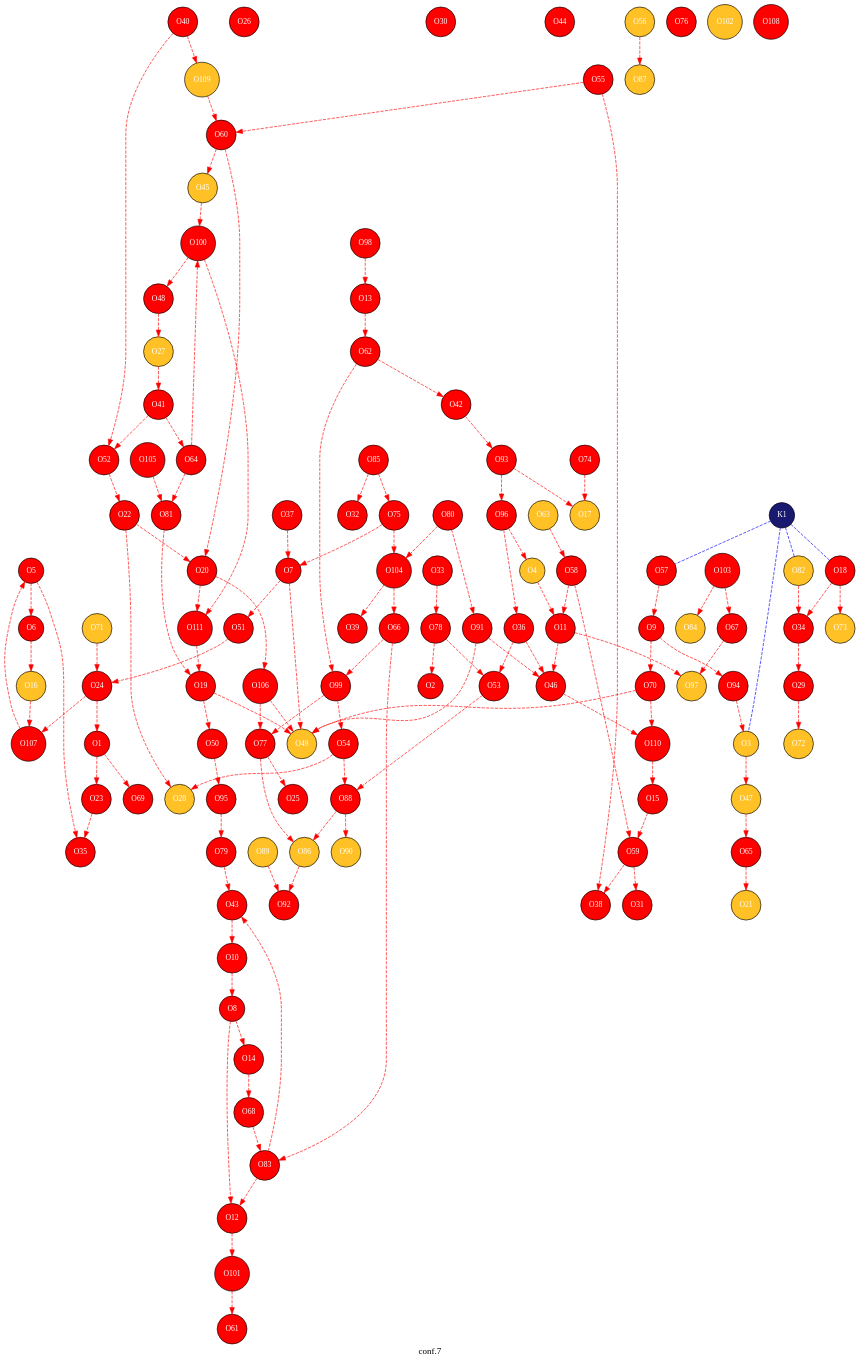
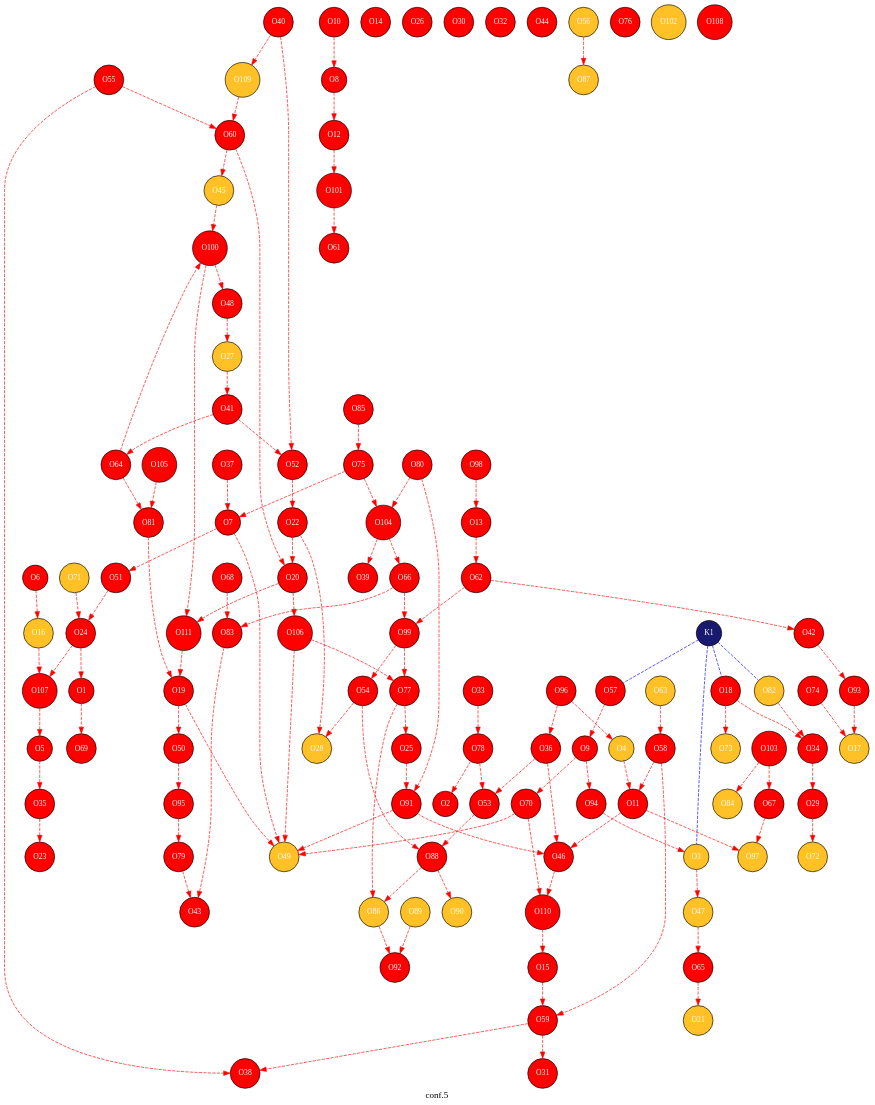
One commit to JelleLagerweij/short_test changed the diagram in 4-GATeWAY/copy_1/traj/traj_conf.gv. Above: the diagram before and after it, drawn with Graphviz. The commit also changed 217 other files, not shown here.

```diff
--- a/4-GATeWAY/copy_1/traj/traj_conf.gv
+++ b/4-GATeWAY/copy_1/traj/traj_conf.gv
@@ -1,5 +1,5 @@
 digraph G {
-label="conf.7 ";
+label="conf.5 ";
 node [style=filled];
 graph [bgcolor=transparent];
 node [shape = circle, fontsize=12];
@@ -115,7 +115,6 @@
 "O110"[fillcolor=red, fontcolor=white, fontname="Times", label="O110"];
 "O111"[fillcolor=red, fontcolor=white, fontname="Times", label="O111"];
 "K1"[fillcolor=midnightblue, fontcolor=white, fontname="Times", label="K1"];
-"O1"->"O23"[fontcolor=red, color=red , style=dashed];
 "O24"->"O1"[fontcolor=red, color=red , style=dashed];
 "O1"->"O69"[fontcolor=red, color=red , style=dashed];
 "O78"->"O2"[fontcolor=red, color=red , style=dashed];
@@ -123,7 +122,6 @@
 "O94"->"O3"[fontcolor=red, color=red , style=dashed];
 "O4"->"O11"[fontcolor=red, color=red , style=dashed];
 "O96"->"O4"[fontcolor=red, color=red , style=dashed];
-"O5"->"O6"[fontcolor=red, color=red , style=dashed];
 "O5"->"O35"[fontcolor=red, color=red , style=dashed];
 "O107"->"O5"[fontcolor=red, color=red , style=dashed];
 "O6"->"O16"[fontcolor=red, color=red , style=dashed];
@@ -133,19 +131,15 @@
 "O75"->"O7"[fontcolor=red, color=red , style=dashed];
 "O10"->"O8"[fontcolor=red, color=red , style=dashed];
 "O8"->"O12"[fontcolor=red, color=red , style=dashed];
-"O8"->"O14"[fontcolor=red, color=red , style=dashed];
 "O57"->"O9"[fontcolor=red, color=red , style=dashed];
 "O9"->"O70"[fontcolor=red, color=red , style=dashed];
 "O9"->"O94"[fontcolor=red, color=red , style=dashed];
-"O43"->"O10"[fontcolor=red, color=red , style=dashed];
 "O11"->"O46"[fontcolor=red, color=red , style=dashed];
 "O58"->"O11"[fontcolor=red, color=red , style=dashed];
 "O11"->"O97"[fontcolor=red, color=red , style=dashed];
-"O83"->"O12"[fontcolor=red, color=red , style=dashed];
 "O12"->"O101"[fontcolor=red, color=red , style=dashed];
 "O13"->"O62"[fontcolor=red, color=red , style=dashed];
 "O98"->"O13"[fontcolor=red, color=red , style=dashed];
-"O14"->"O68"[fontcolor=red, color=red , style=dashed];
 "O15"->"O59"[fontcolor=red, color=red , style=dashed];
 "O110"->"O15"[fontcolor=red, color=red , style=dashed];
 "O16"->"O107"[fontcolor=red, color=red , style=dashed];
@@ -164,18 +158,18 @@
 "O65"->"O21"[fontcolor=red, color=red , style=dashed];
 "O22"->"O28"[fontcolor=red, color=red , style=dashed];
 "O52"->"O22"[fontcolor=red, color=red , style=dashed];
-"O23"->"O35"[fontcolor=red, color=red , style=dashed];
+"O35"->"O23"[fontcolor=red, color=red , style=dashed];
 "O51"->"O24"[fontcolor=red, color=red , style=dashed];
 "O71"->"O24"[fontcolor=red, color=red , style=dashed];
 "O24"->"O107"[fontcolor=red, color=red , style=dashed];
 "O77"->"O25"[fontcolor=red, color=red , style=dashed];
+"O25"->"O91"[fontcolor=red, color=red , style=dashed];
 "O27"->"O41"[fontcolor=red, color=red , style=dashed];
 "O48"->"O27"[fontcolor=red, color=red , style=dashed];
 "O54"->"O28"[fontcolor=red, color=red , style=dashed];
 "O34"->"O29"[fontcolor=red, color=red , style=dashed];
 "O29"->"O72"[fontcolor=red, color=red , style=dashed];
 "O59"->"O31"[fontcolor=red, color=red , style=dashed];
-"O85"->"O32"[fontcolor=red, color=red , style=dashed];
 "O33"->"O78"[fontcolor=red, color=red , style=dashed];
 "O82"->"O34"[fontcolor=red, color=red , style=dashed];
 "O36"->"O46"[fontcolor=red, color=red , style=dashed];
@@ -236,7 +230,6 @@
 "O86"->"O92"[fontcolor=red, color=red , style=dashed];
 "O88"->"O90"[fontcolor=red, color=red , style=dashed];
 "O89"->"O92"[fontcolor=red, color=red , style=dashed];
-"O93"->"O96"[fontcolor=red, color=red , style=dashed];
 "O100"->"O111"[fontcolor=red, color=red , style=dashed];
 "K1"->"O3"[dir=none, color=blue, nodesep=0.5,style=dashed];
 "K1"->"O18"[dir=none, color=blue, nodesep=0.5,style=dashed];
```
